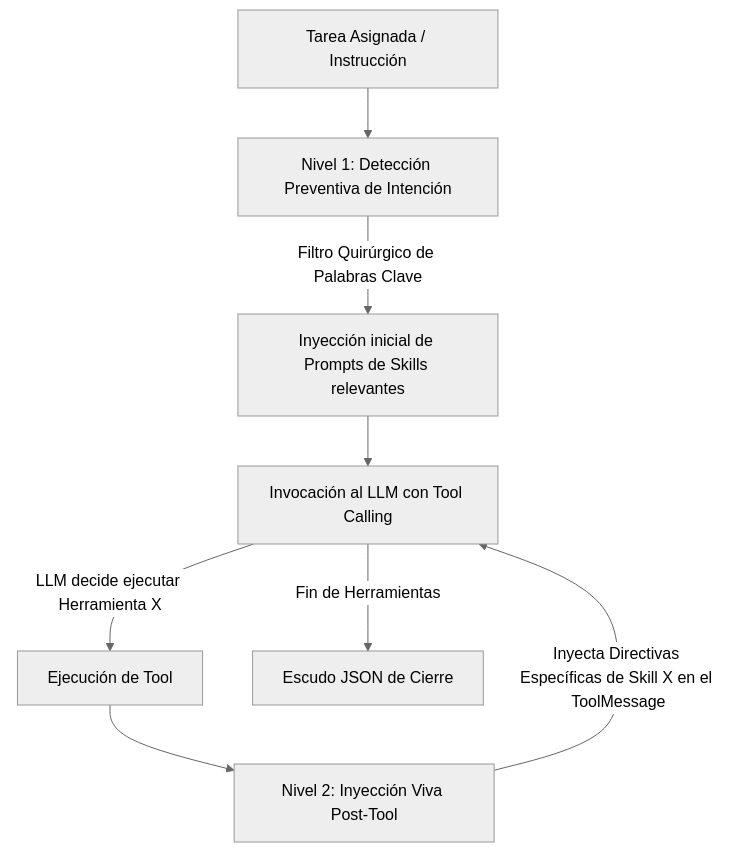
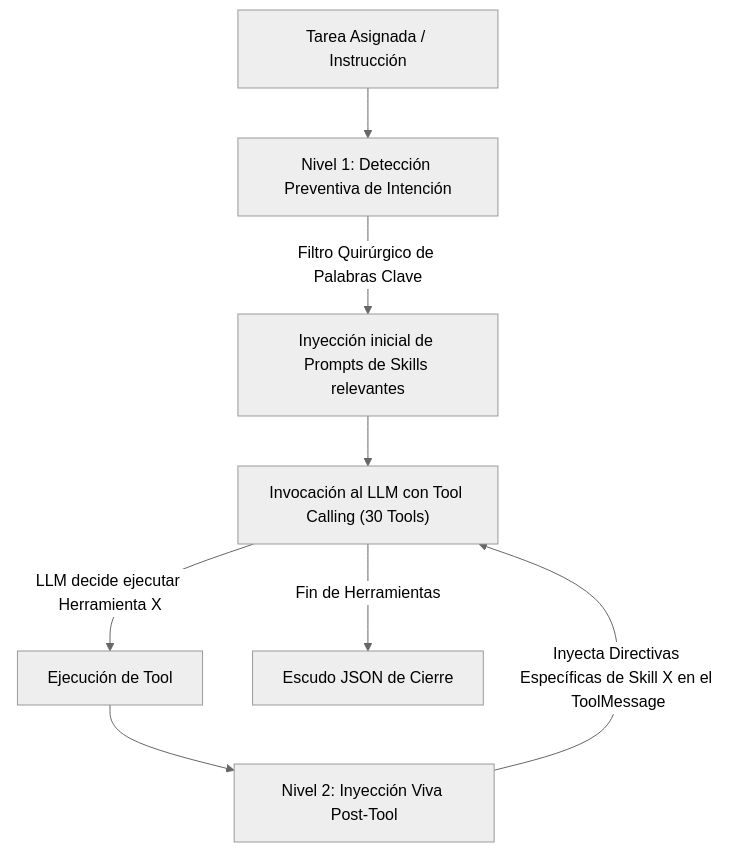
Before and after one commit to wuil3529-lenny/Agentes: the diagram in sistema/Script_Subagente_Asistencia_Agent.md, drawn with Mermaid (neutral theme). The commit also changed other lines of this file and 2 other files, not shown here.

Commit message:
docs(sistema): actualizar catalogo de skills, conteo de tools y enlaces de Obsidian validados

````diff
--- a/sistema/Script_Subagente_Asistencia_Agent.md
+++ b/sistema/Script_Subagente_Asistencia_Agent.md
@@ -31,10 +31,10 @@
 ```mermaid
 flowchart TD
     A["Tarea Asignada / Instrucción"] --> B["Nivel 1: Detección Preventiva de Intención"]
     B -->|"Filtro Quirúrgico de Palabras Clave"| C["Inyección inicial de Prompts de Skills relevantes"]
-    C --> D["Invocación al LLM con Tool Calling"]
+    C --> D["Invocación al LLM con Tool Calling (30 Tools)"]
     D -->|"LLM decide ejecutar Herramienta X"| E["Ejecución de Tool"]
     E --> F["Nivel 2: Inyección Viva Post-Tool"]
     F -->|"Inyecta Directivas Específicas de Skill X en el ToolMessage"| D
     D -->|"Fin de Herramientas"| G["Escudo JSON de Cierre"]
 ```
````
